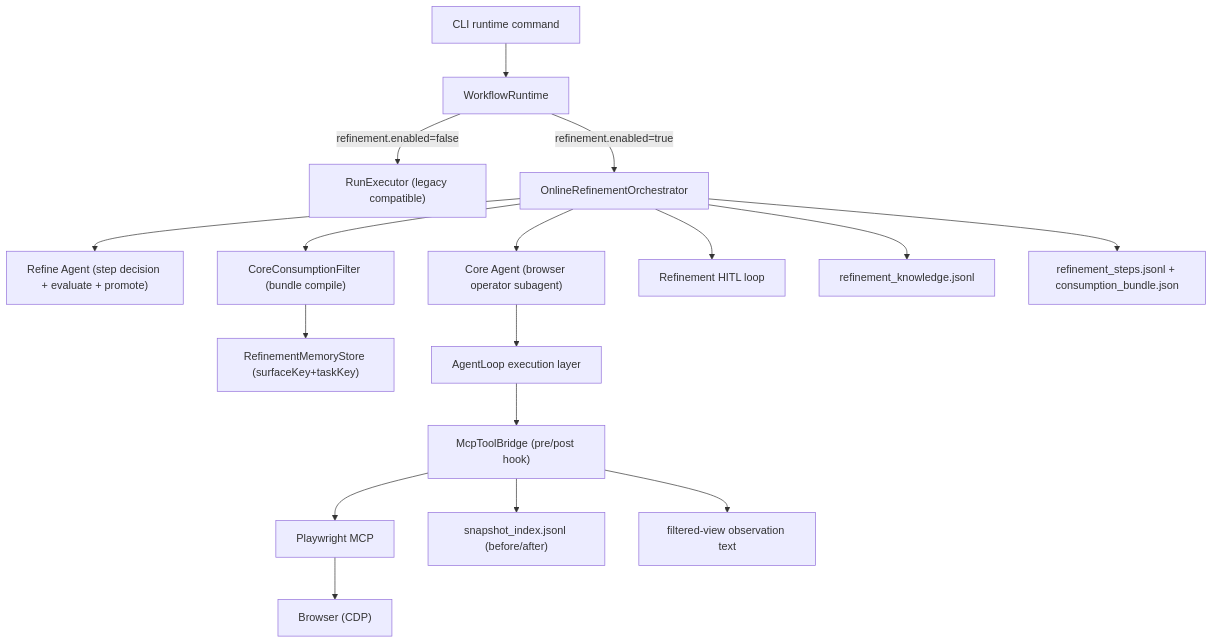
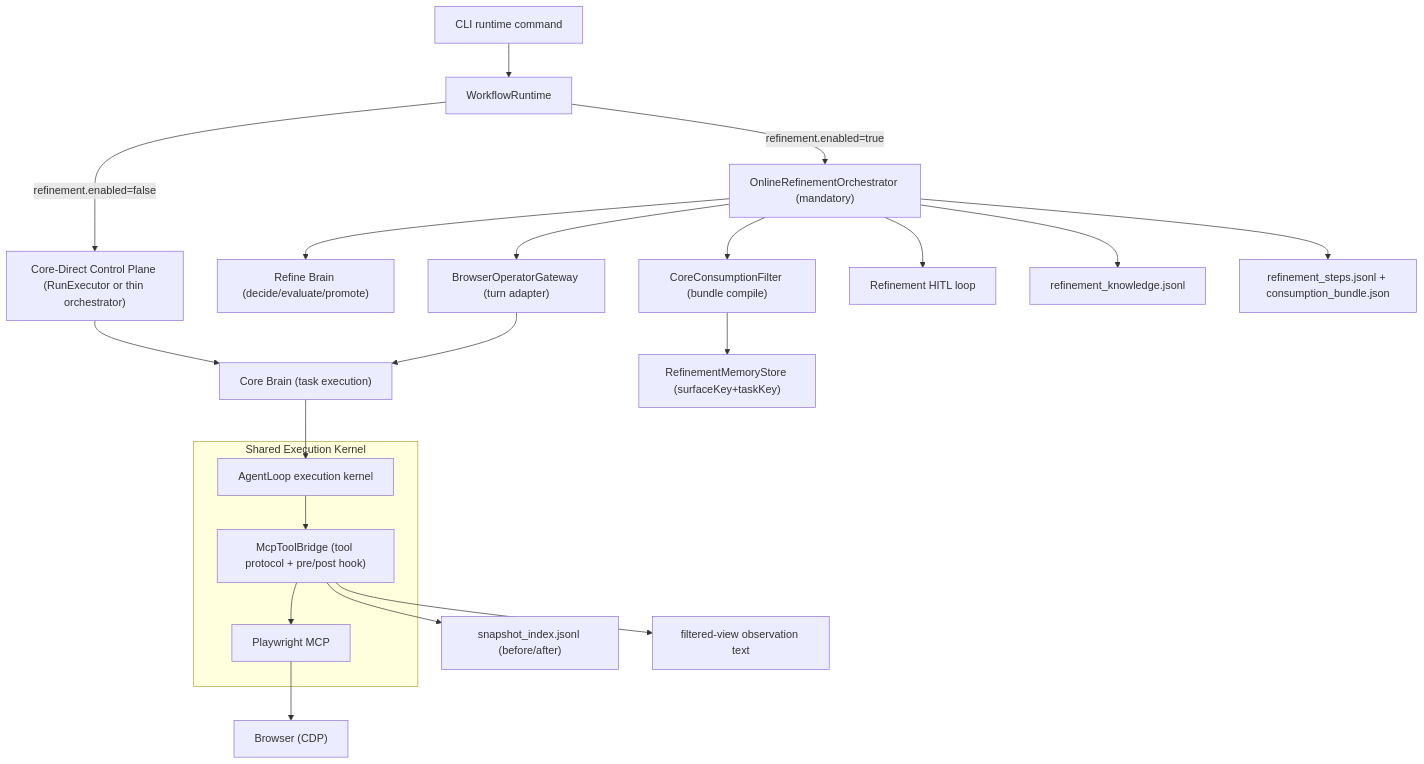
Before and after one commit to 66Ronghua99/Sasiki: the second of 2 diagrams in .plan/20260312_replay_refinement_online_design.md, drawn with Mermaid. The commit also changed other lines of this file and 5 other files, not shown here.

Commit message:
docs: freeze execution-kernel two-brain architecture and rollout tracks

````diff
--- a/.plan/20260312_replay_refinement_online_design.md
+++ b/.plan/20260312_replay_refinement_online_design.md
@@ -37,25 +38,32 @@
 ```mermaid
 flowchart TB
   CLI["CLI runtime command"] --> WR["WorkflowRuntime"]
 
-  WR -->|"refinement.enabled=false"| RE["RunExecutor (legacy compatible)"]
-  WR -->|"refinement.enabled=true"| ORO["OnlineRefinementOrchestrator"]
+  WR -->|"refinement.enabled=false"| CDCP["Core-Direct Control Plane (RunExecutor or thin orchestrator)"]
+  WR -->|"refinement.enabled=true"| ORO["OnlineRefinementOrchestrator (mandatory)"]
 
-  ORO --> RA["Refine Agent (step decision + evaluate + promote)"]
-  ORO --> CA["Core Agent (browser operator subagent)"]
+  ORO --> RB["Refine Brain (decide/evaluate/promote)"]
+  ORO --> BOG["BrowserOperatorGateway (turn adapter)"]
+  CDCP --> CB["Core Brain (task execution)"]
+  BOG --> CB
 
   ORO --> CCF["CoreConsumptionFilter (bundle compile)"]
   CCF --> RMS["RefinementMemoryStore (surfaceKey+taskKey)"]
 
-  CA --> AL["AgentLoop execution layer"]
-  AL --> MTB["McpToolBridge (pre/post hook)"]
-  MTB --> MCP["Playwright MCP"]
+  subgraph SEK["Shared Execution Kernel"]
+    AL["AgentLoop execution kernel"]
+    MTB["McpToolBridge (tool protocol + pre/post hook)"]
+    MCP["Playwright MCP"]
+  end
+  CB --> AL
+  AL --> MTB
+  MTB --> MCP
   MCP --> BR["Browser (CDP)"]
 
   MTB --> SI["snapshot_index.jsonl (before/after)"]
   MTB --> FV["filtered-view observation text"]
 
   ORO --> HITL["Refinement HITL loop"]
   ORO --> RK["refinement_knowledge.jsonl"]
   ORO --> RS["refinement_steps.jsonl + consumption_bundle.json"]
 ```
````
